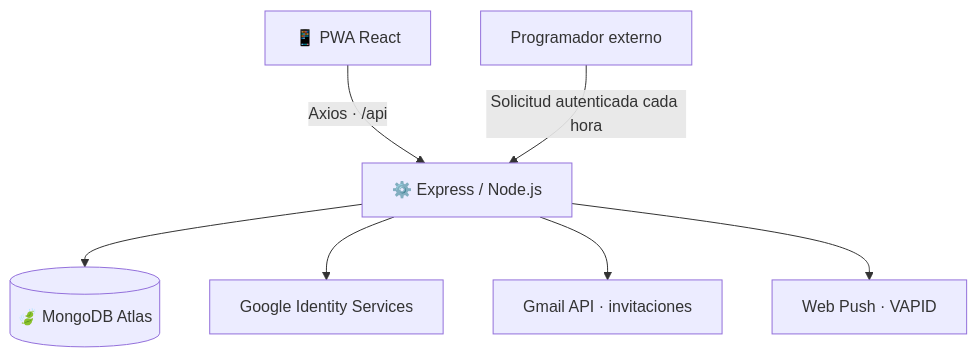
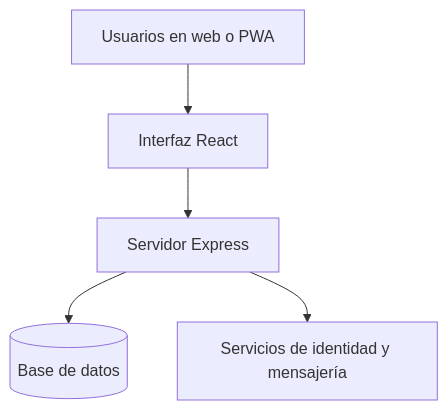
One commit to lissmi/kanban-colaborativo changed the diagram in README.md. Above: the diagram before and after it, drawn with Mermaid. The commit also changed other lines of this file, not shown here.

````diff
--- a/README.md
+++ b/README.md
@@ -26,9 +36,7 @@
 ```mermaid
-flowchart TB
-    A[📱 PWA React] -->|Axios · /api| B[⚙️ Express / Node.js]
-    B --> C[(🍃 MongoDB Atlas)]
-    B --> D[Google Identity Services]
-    B --> E[Gmail API · invitaciones]
-    B --> F[Web Push · VAPID]
-    G[Programador externo] -->|Solicitud autenticada cada hora| B
+flowchart TD
+    A[Usuarios en web o PWA] --> B[Interfaz React]
+    B --> C[Servidor Express]
+    C --> D[(Base de datos)]
+    C --> E[Servicios de identidad y mensajería]
 ```
````
